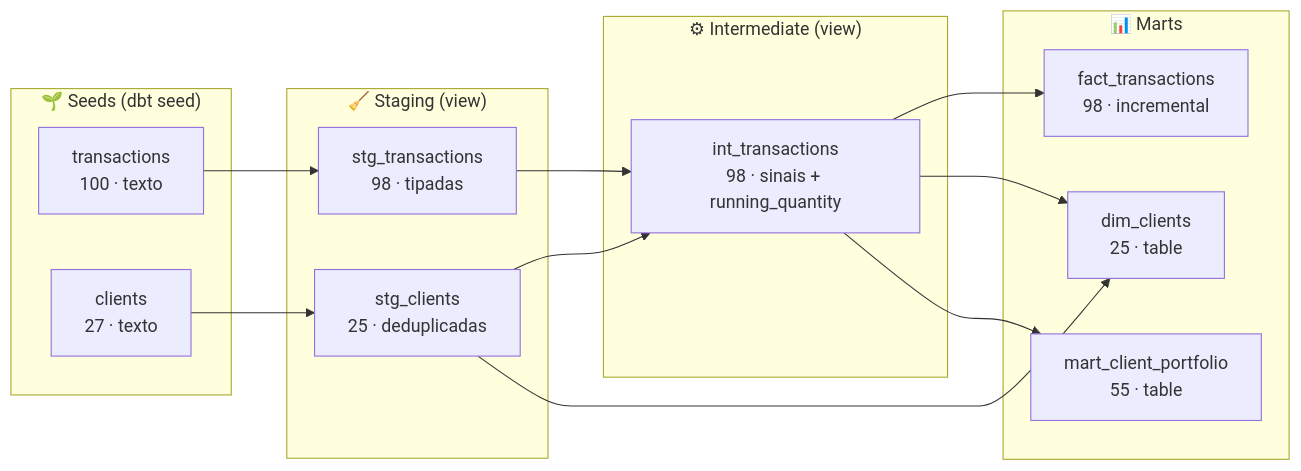
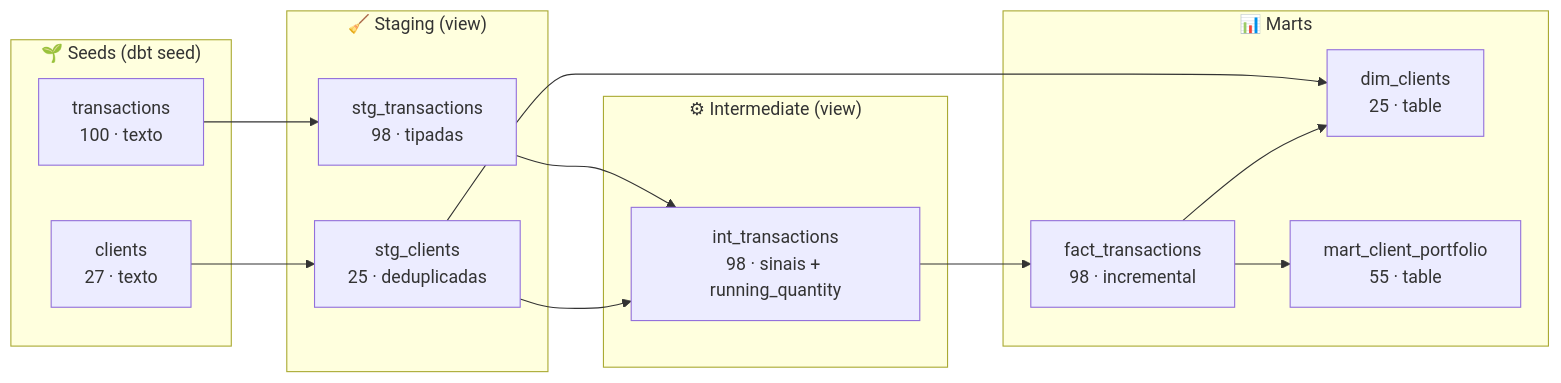
The diagram in README.md (enricopizzol/desafio-engenharia-dados), drawn with Mermaid before and after one commit. The commit also changed other lines of this file and 4 other files, not shown here.

````diff
--- a/README.md
+++ b/README.md
@@ -83,31 +83,31 @@
 ```mermaid
 flowchart LR
     subgraph SEEDS["🌱 Seeds (dbt seed)"]
         TX[transactions<br/>100 · texto]
         CL[clients<br/>27 · texto]
     end
 
     subgraph STAGING["🧹 Staging (view)"]
         STX[stg_transactions<br/>98 · tipadas]
         SCL[stg_clients<br/>25 · deduplicadas]
     end
 
     subgraph INTERMEDIATE["⚙ Intermediate (view)"]
         INT[int_transactions<br/>98 · sinais + running_quantity]
     end
 
     subgraph MARTS["📊 Marts"]
         FACT[fact_transactions<br/>98 · incremental]
         DIM[dim_clients<br/>25 · table]
         PORT[mart_client_portfolio<br/>55 · table]
     end
 
     TX --> STX
     CL --> SCL
     STX --> INT
     SCL --> INT
     INT --> FACT
     SCL --> DIM
-    INT --> DIM
-    INT --> PORT
+    FACT --> DIM
+    FACT --> PORT
 ```
````
